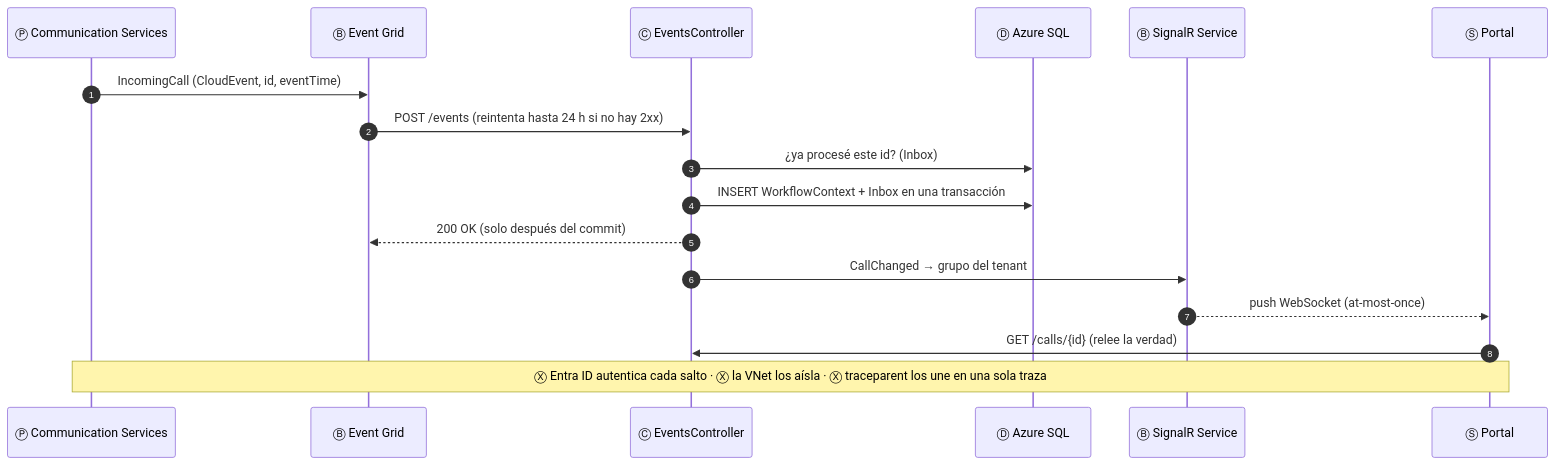
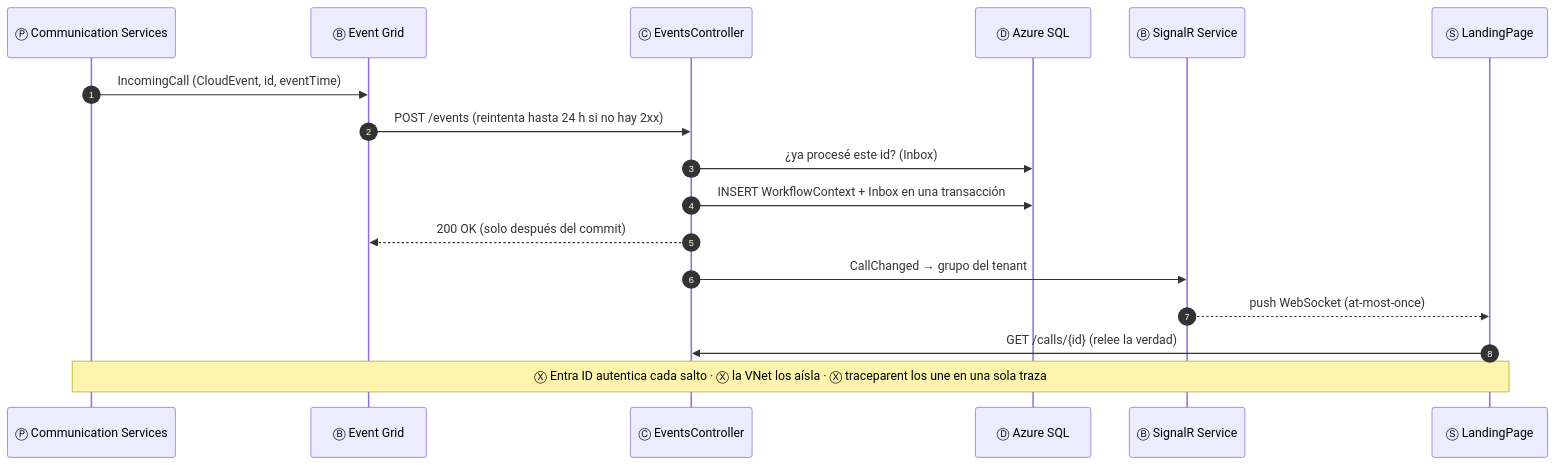
Before and after one commit to CristianSifuentes/QuickTheoryNET: the third of 3 diagrams in docs/01-la-frase.md, drawn with Mermaid. The commit also changed other lines of this file and 23 other files, not shown here.

First line of the commit message:
Rename the Portal project to LandingPage

````diff
--- a/docs/01-la-frase.md
+++ b/docs/01-la-frase.md
@@ -240,19 +240,19 @@
 ```mermaid
 sequenceDiagram
     autonumber
     participant ACS as Ⓟ Communication Services
     participant EG as Ⓑ Event Grid
     participant API as Ⓒ EventsController
     participant SQL as Ⓓ Azure SQL
     participant SR as Ⓑ SignalR Service
-    participant UI as Ⓢ Portal
+    participant UI as Ⓢ LandingPage
     ACS->>EG: IncomingCall (CloudEvent, id, eventTime)
     EG->>API: POST /events (reintenta hasta 24 h si no hay 2xx)
     API->>SQL: ¿ya procesé este id? (Inbox)
     API->>SQL: INSERT WorkflowContext + Inbox en una transacción
     API-->>EG: 200 OK (solo después del commit)
     API->>SR: CallChanged → grupo del tenant
     SR-->>UI: push WebSocket (at-most-once)
     UI->>API: GET /calls/{id} (relee la verdad)
     Note over ACS,UI: Ⓧ Entra ID autentica cada salto · Ⓧ la VNet los aísla · Ⓧ traceparent los une en una sola traza
 ```
````
